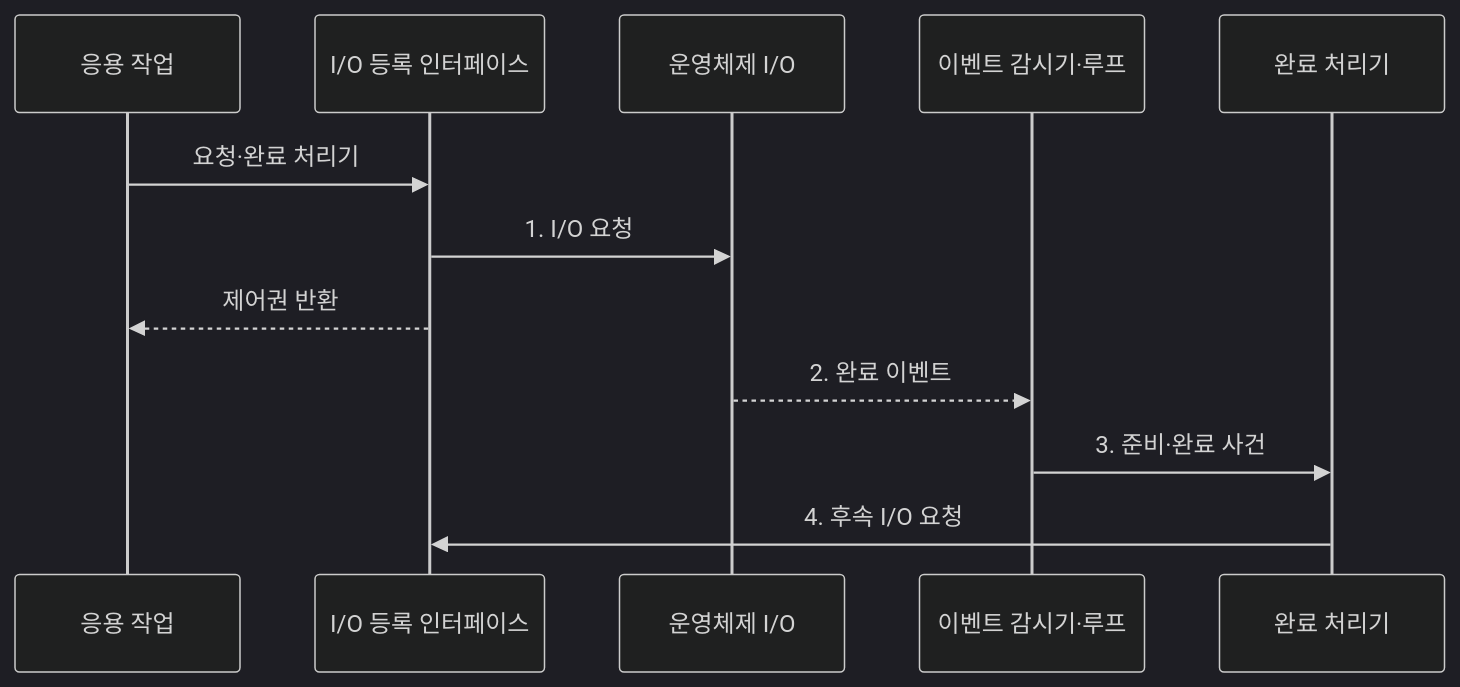
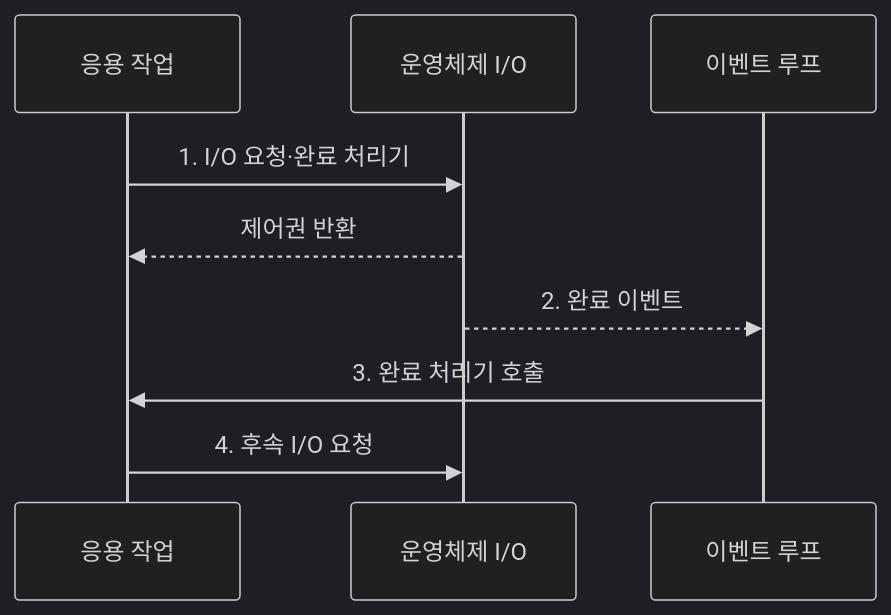
The second of 2 diagrams in src/content/docs/notes/03-software/026_async_io_event_loop.md (agnusdei1207/knowledge-base), drawn with Mermaid (dark theme) before and after one commit. The commit also changed other lines of this file and 8 other files, not shown here.

Commit message:
Focus software system diagrams

````diff
--- a/src/content/docs/notes/03-software/026_async_io_event_loop.md
+++ b/src/content/docs/notes/03-software/026_async_io_event_loop.md
@@ -108,14 +108,11 @@
 ```mermaid
 sequenceDiagram
     participant A as 응용 작업
-    participant I as I/O 등록 인터페이스
     participant K as 운영체제 I/O
-    participant L as 이벤트 감시기·루프
-    participant H as 완료 처리기
-    A->>I: 요청·완료 처리기
-    I->>K: 1. I/O 요청
-    I-->>A: 제어권 반환
+    participant L as 이벤트 루프
+    A->>K: 1. I/O 요청·완료 처리기
+    K-->>A: 제어권 반환
     K-->>L: 2. 완료 이벤트
-    L->>H: 3. 준비·완료 사건
-    H->>I: 4. 후속 I/O 요청
+    L->>A: 3. 완료 처리기 호출
+    A->>K: 4. 후속 I/O 요청
 ```
````
